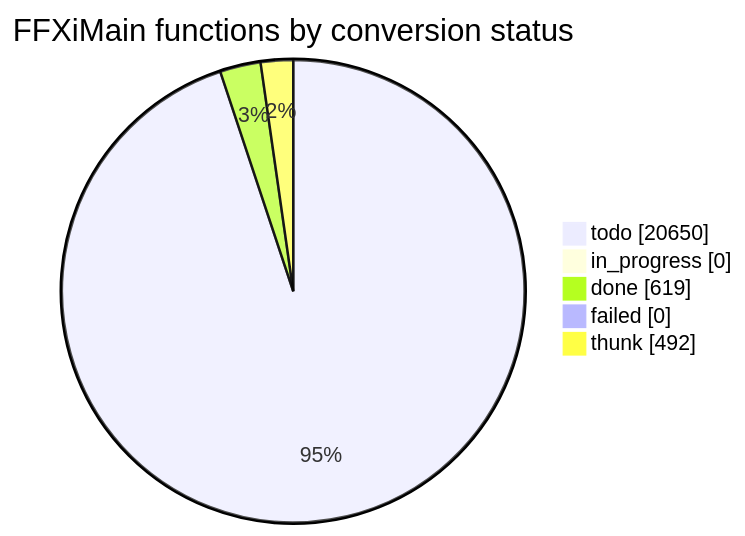
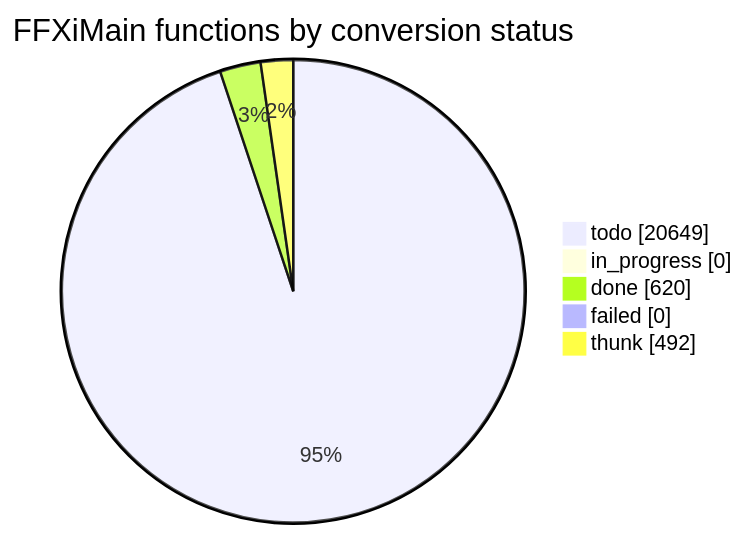
The diagram in docs/cow/STATUS.md (cowrevenge/cow_kuluu_xi_anything), drawn with Mermaid before and after one commit. The commit also changed other lines of this file and 9 other files, not shown here.

````diff
--- a/docs/cow/STATUS.md
+++ b/docs/cow/STATUS.md
@@ -18,9 +18,9 @@
 ```mermaid
 pie showData
     title FFXiMain functions by conversion status
-    "todo" : 20650
+    "todo" : 20649
     "in_progress" : 0
-    "done" : 619
+    "done" : 620
     "failed" : 0
     "thunk" : 492
 ```
````
